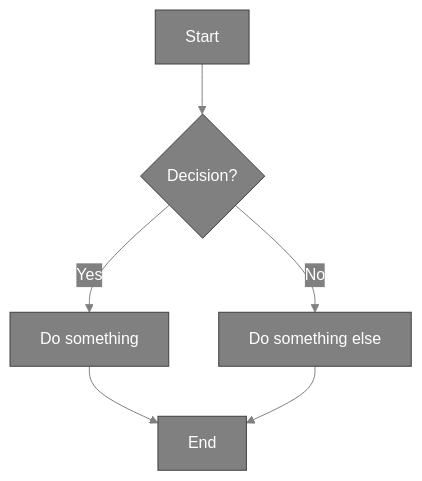
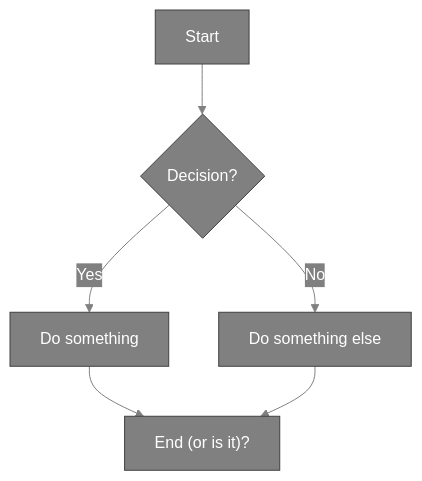
The third of 3 diagrams in doc/intro.md (sswam/allemande), drawn with Mermaid before and after one commit. The commit also changed other lines of this file, not shown here.

Commit message:
docs(intro): show how to quote mermaid labels with parens

````diff
--- a/doc/intro.md
+++ b/doc/intro.md
@@ -165,20 +165,20 @@
 ```mermaid
 %%{init: {
   'theme': 'base',
   'themeVariables': {
     'primaryColor': '#808080',
     'primaryTextColor': '#ffffff',
     'primaryBorderColor': '#404040',
     'lineColor': '#808080',
     'secondaryColor': '#808080',
     'tertiaryColor': '#808080'
   }
 }}%%
 flowchart TD
     A[Start] --> B{Decision?}
 
     B -->|Yes| C[Do something]
     B -->|No| D[Do something else]
-    C --> E[End]
+    C --> E["End (or is it)?"]
     D --> E
 ```
````
